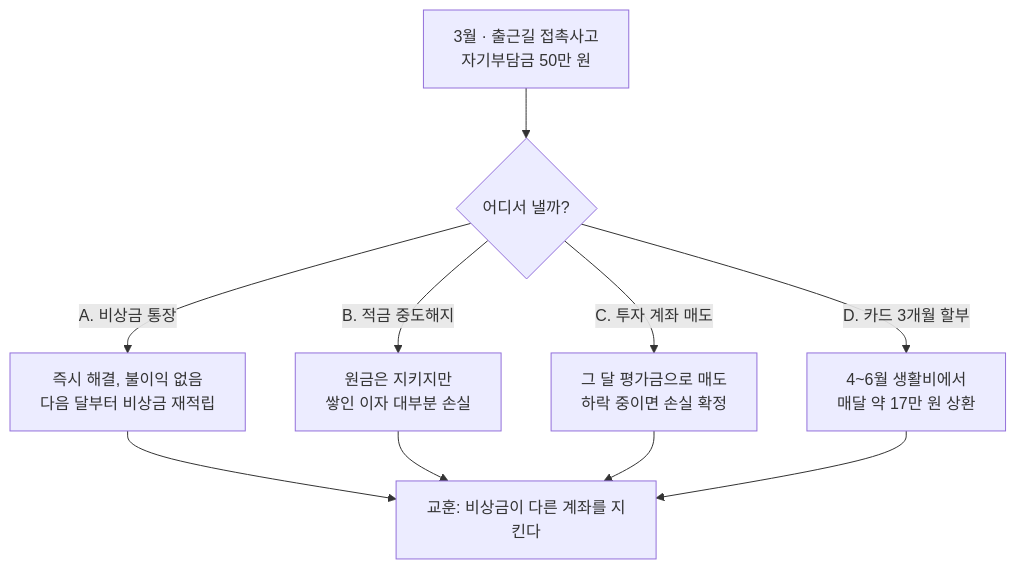
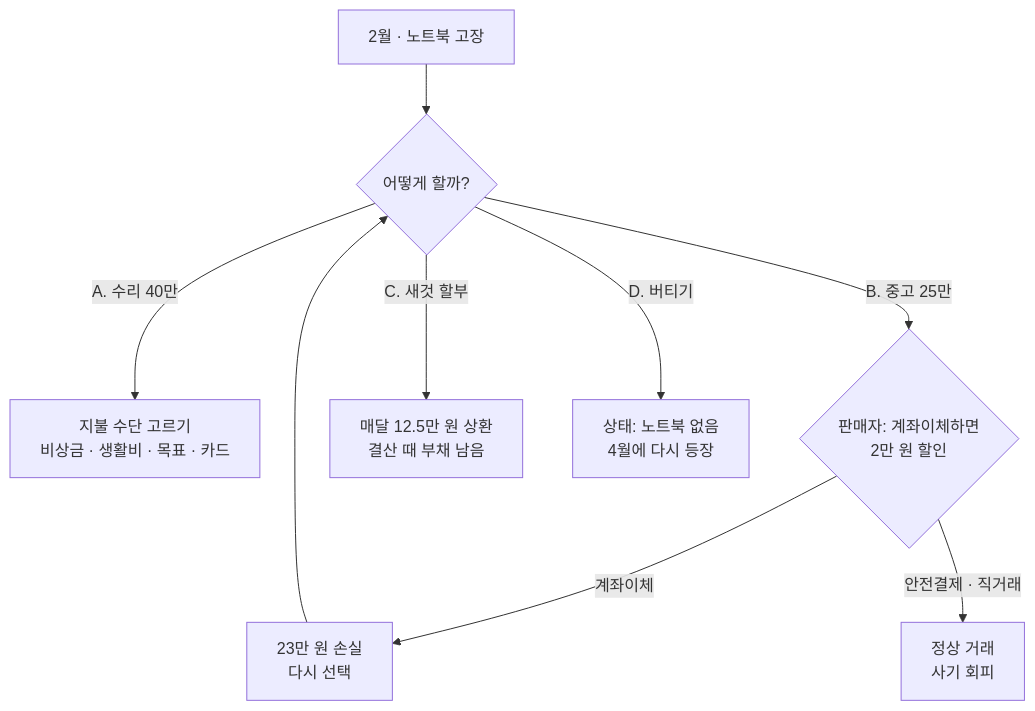
Before and after one commit to tasoo-oos/computer-subject-teaching-team-12-meterial: the fourth of 4 diagrams in 가계부-시나리오-수업-기획서.md, drawn with Mermaid. The commit also changed other lines of this file, not shown here.

````diff
--- a/가계부-시나리오-수업-기획서.md
+++ b/가계부-시나리오-수업-기획서.md
@@ -417,12 +512,11 @@
 ```mermaid
 flowchart TD
-    E["3월 · 출근길 접촉사고<br/>자기부담금 50만 원"] --> Q{"어디서 낼까?"}
-    Q -->|"A. 비상금 통장"| A["즉시 해결, 불이익 없음<br/>다음 달부터 비상금 재적립"]
-    Q -->|"B. 적금 중도해지"| B["원금은 지키지만<br/>쌓인 이자 대부분 손실"]
-    Q -->|"C. 투자 계좌 매도"| C["그 달 평가금으로 매도<br/>하락 중이면 손실 확정"]
-    Q -->|"D. 카드 3개월 할부"| D["4~6월 생활비에서<br/>매달 약 17만 원 상환"]
-    A --> L["교훈: 비상금이 다른 계좌를 지킨다"]
-    B --> L
-    C --> L
-    D --> L
+    E["2월 · 노트북 고장"] --> Q{"어떻게 할까?"}
+    Q -->|"A. 수리 40만"| PAY["지불 수단 고르기<br/>비상금 · 생활비 · 목표 · 카드"]
+    Q -->|"B. 중고 25만"| T{"판매자: 계좌이체하면<br/>2만 원 할인"}
+    Q -->|"C. 새것 할부"| C["매달 12.5만 원 상환<br/>결산 때 부채 남음"]
+    Q -->|"D. 버티기"| D["상태: 노트북 없음<br/>4월에 다시 등장"]
+    T -->|"계좌이체"| L["23만 원 손실<br/>다시 선택"]
+    T -->|"안전결제 · 직거래"| OK["정상 거래<br/>사기 회피"]
+    L --> Q
 ```
````
